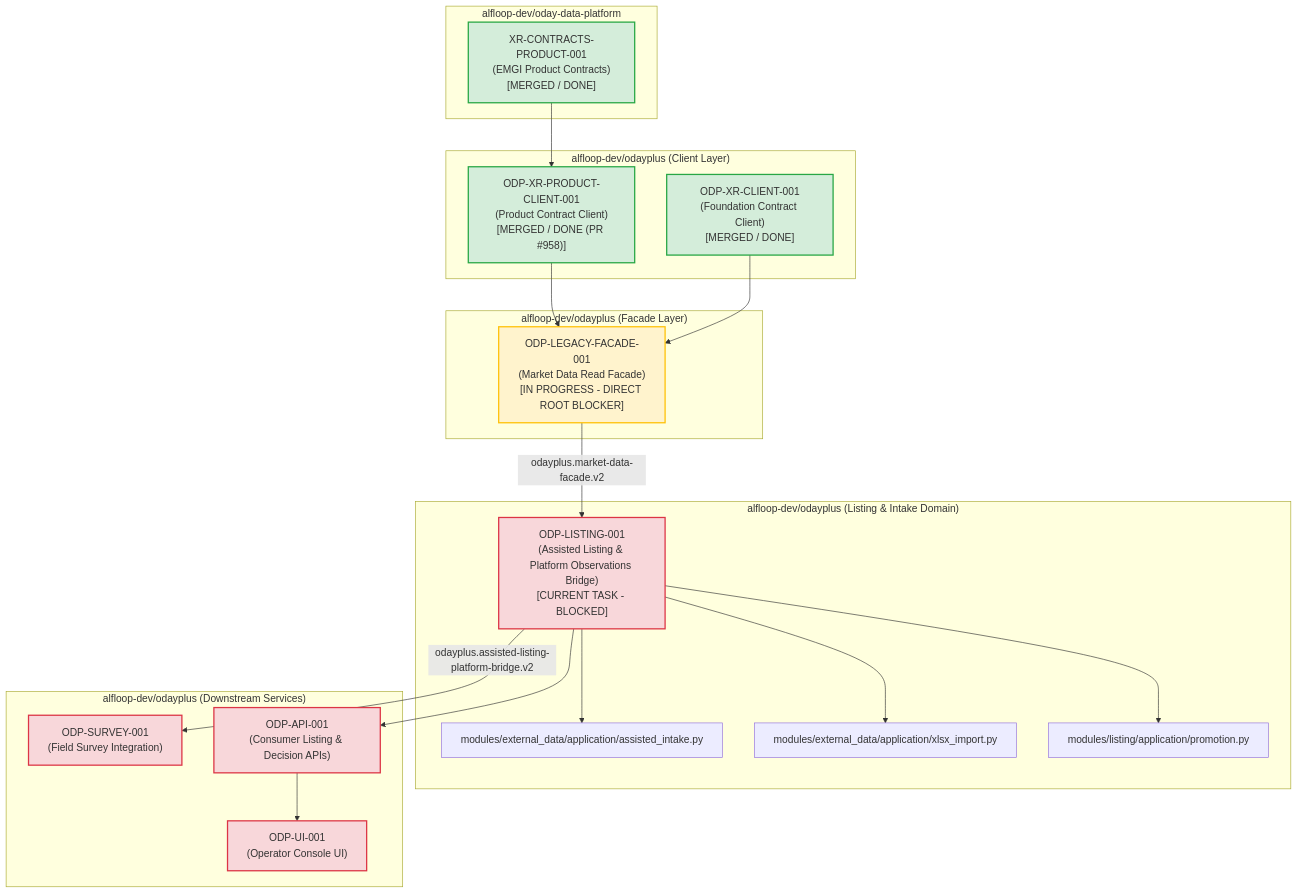
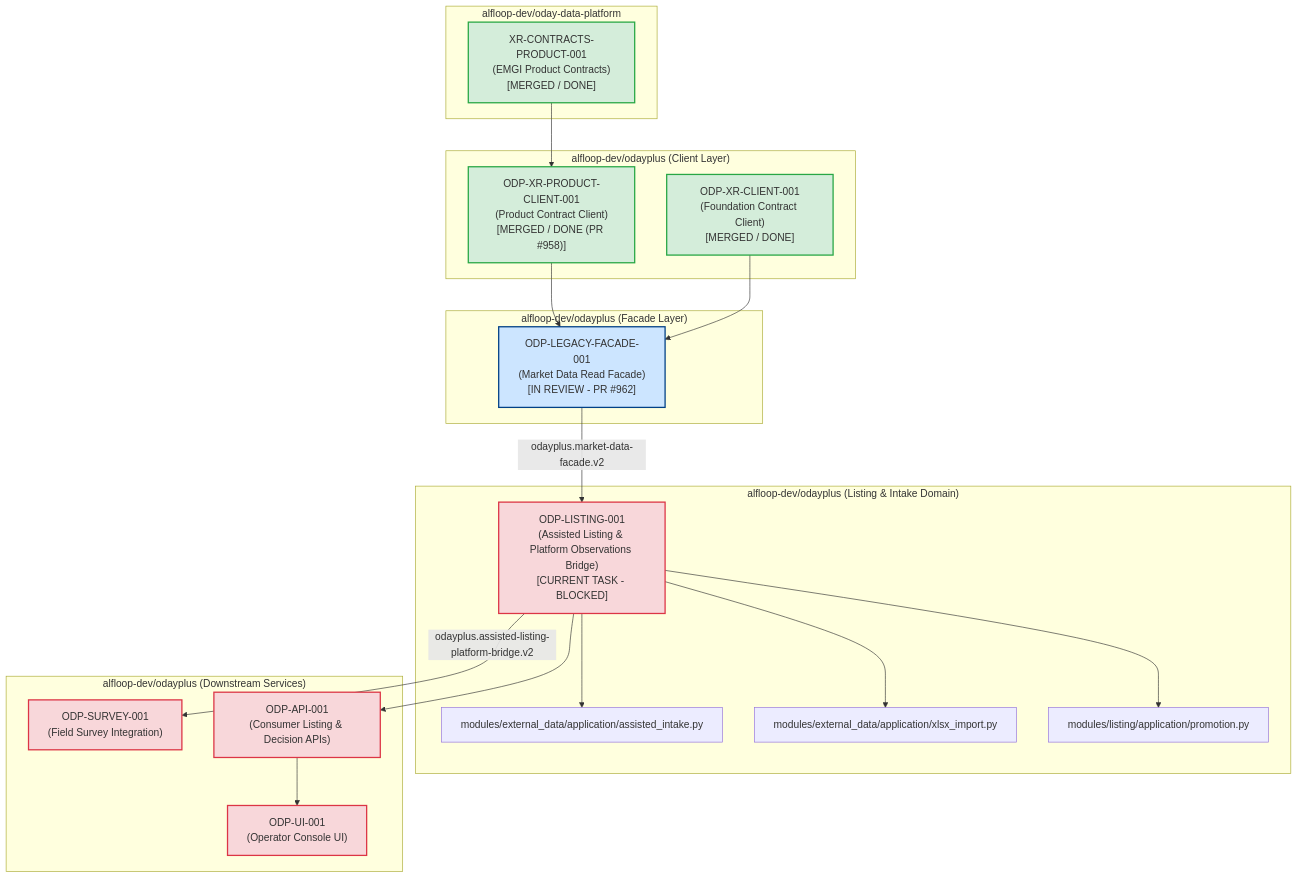
Before and after one commit to alfloop-dev/odayplus: the diagram in support/sidecars/ODP-LISTING-001/ODP-LISTING-001-SIDECAR-BLOCKED-TASK-DIAGNOSTICS.md, drawn with Mermaid. The commit also changed other lines of this file, not shown here.

First line of the commit message:
ODP-LISTING-001-SIDECAR-BLOCKED-TASK-DIAGNOSTICS: refresh diagnostics

````diff
--- a/support/sidecars/ODP-LISTING-001/ODP-LISTING-001-SIDECAR-BLOCKED-TASK-DIAGNOSTICS.md
+++ b/support/sidecars/ODP-LISTING-001/ODP-LISTING-001-SIDECAR-BLOCKED-TASK-DIAGNOSTICS.md
@@ -141,49 +142,49 @@
 ```mermaid
 flowchart TD
     subgraph Upstream ["alfloop-dev/oday-data-platform"]
         UP_XR_PROD["XR-CONTRACTS-PRODUCT-001<br/>(EMGI Product Contracts)<br/>[MERGED / DONE]"]
     end
 
     subgraph ODayPlus_Clients ["alfloop-dev/odayplus (Client Layer)"]
         XR_PROD_CLIENT["ODP-XR-PRODUCT-CLIENT-001<br/>(Product Contract Client)<br/>[MERGED / DONE (PR #958)]"]
         XR_CLIENT["ODP-XR-CLIENT-001<br/>(Foundation Contract Client)<br/>[MERGED / DONE]"]
     end
 
     subgraph ODayPlus_Facade ["alfloop-dev/odayplus (Facade Layer)"]
-        FACADE["ODP-LEGACY-FACADE-001<br/>(Market Data Read Facade)<br/>[IN PROGRESS - DIRECT ROOT BLOCKER]"]
+        FACADE["ODP-LEGACY-FACADE-001<br/>(Market Data Read Facade)<br/>[IN REVIEW - PR #962]"]
     end
 
     subgraph ODayPlus_Listing ["alfloop-dev/odayplus (Listing & Intake Domain)"]
         LISTING["ODP-LISTING-001<br/>(Assisted Listing & Platform Observations Bridge)<br/>[CURRENT TASK - BLOCKED]"]
         INTAKE["modules/external_data/application/assisted_intake.py"]
         XLSX["modules/external_data/application/xlsx_import.py"]
         PROMOTION["modules/listing/application/promotion.py"]
     end
 
     subgraph Downstream ["alfloop-dev/odayplus (Downstream Services)"]
         SURVEY["ODP-SURVEY-001<br/>(Field Survey Integration)"]
         API["ODP-API-001<br/>(Consumer Listing & Decision APIs)"]
         UI["ODP-UI-001<br/>(Operator Console UI)"]
     end
 
     UP_XR_PROD --> XR_PROD_CLIENT
     XR_PROD_CLIENT --> FACADE
     XR_CLIENT --> FACADE
     FACADE -->|odayplus.market-data-facade.v2| LISTING
 
     LISTING --> INTAKE
     LISTING --> XLSX
     LISTING --> PROMOTION
 
     LISTING -->|odayplus.assisted-listing-platform-bridge.v2| SURVEY
     LISTING --> API
     API --> UI
 
     classDef done fill:#d4edda,stroke:#28a745,stroke-width:2px;
     classDef blocked fill:#f8d7da,stroke:#dc3545,stroke-width:2px;
-    classDef inprogress fill:#fff3cd,stroke:#ffc107,stroke-width:2px;
+    classDef inreview fill:#cce5ff,stroke:#004085,stroke-width:2px;
 
     class UP_XR_PROD,XR_PROD_CLIENT,XR_CLIENT done;
-    class FACADE inprogress;
+    class FACADE inreview;
     class LISTING,SURVEY,API,UI blocked;
 ```
````
